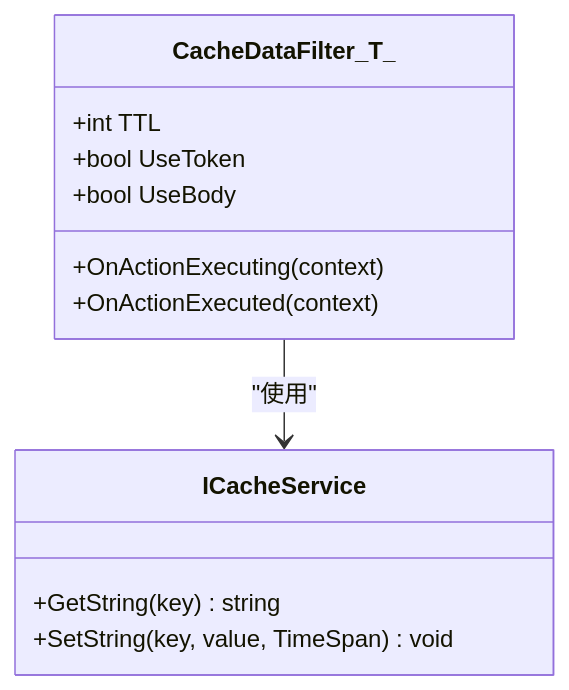
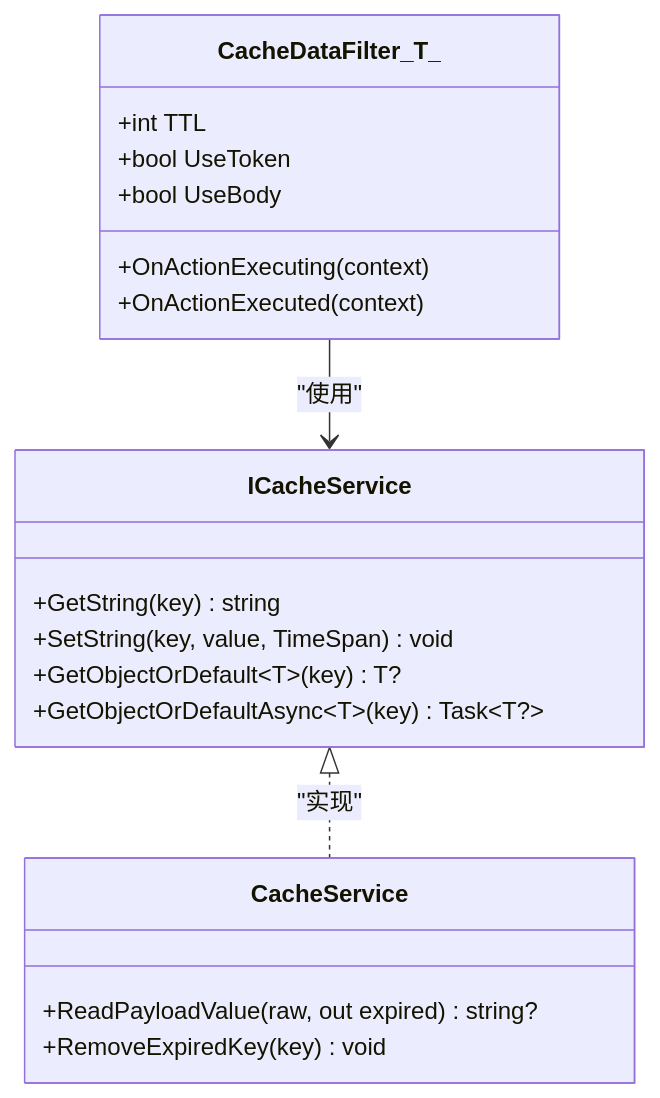
The fourth of 8 diagrams in .qoder/repowiki/zh/content/部署运维/性能优化.md (junkai-li/NetCoreKevin), drawn with Mermaid before and after one commit. The commit also changed other lines of this file and 40 other files, not shown here.

````diff
--- a/.qoder/repowiki/zh/content/部署运维/性能优化.md
+++ b/.qoder/repowiki/zh/content/部署运维/性能优化.md
@@ -167,15 +180,22 @@
 ```mermaid
 classDiagram
 class CacheDataFilter_T_ {
 +int TTL
 +bool UseToken
 +bool UseBody
 +OnActionExecuting(context)
 +OnActionExecuted(context)
 }
 class ICacheService {
 +GetString(key) string
 +SetString(key, value, TimeSpan) void
++GetObjectOrDefault~T~(key) T?
++GetObjectOrDefaultAsync~T~(key) Task~T?~
+}
+class CacheService {
++ReadPayloadValue(raw, out expired) string?
++RemoveExpiredKey(key) void
 }
 CacheDataFilter_T_ --> ICacheService : "使用"
+ICacheService <|.. CacheService : "实现"
 ```
````
